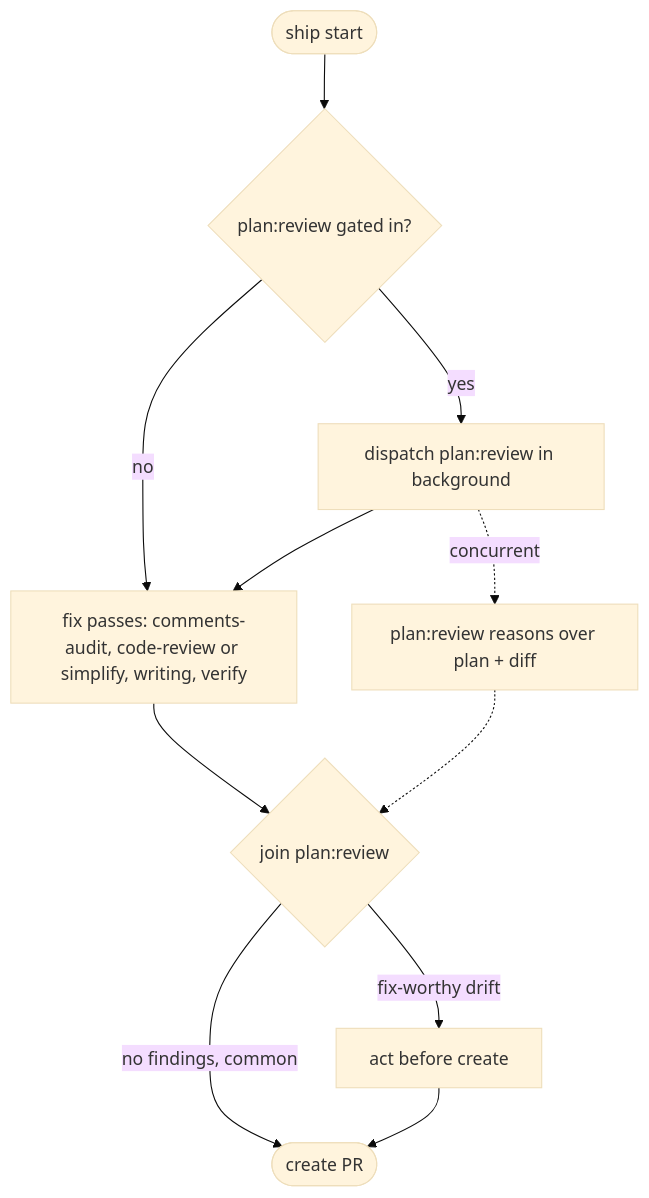
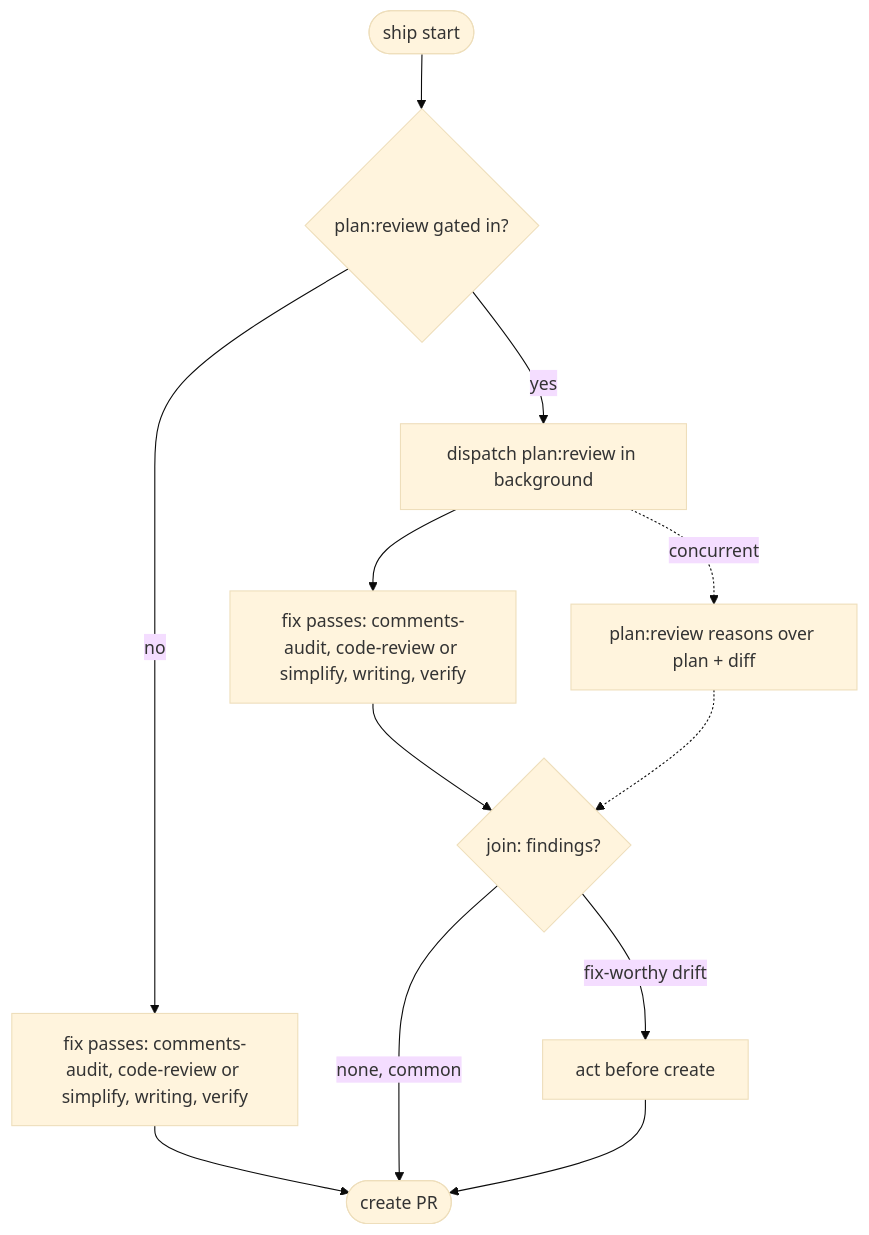
Before and after one commit to bendrucker/claude: the diagram in user/skills/ship/references/passes.md, drawn with Mermaid (base theme).

Commit message:
ship: fix plan:review DAG so the no-plan path skips the join
The join node was reachable on the no-plan branch, implying a join with nothing to join. Split the paths: no plan runs the fix passes straight to create, a gated-in plan dispatches, runs the fix passes concurrently, then joins on findings.

````diff
--- a/user/skills/ship/references/passes.md
+++ b/user/skills/ship/references/passes.md
@@ -25,13 +25,14 @@
 ```mermaid
 flowchart TD
     S([ship start]) --> G{plan:review gated in?}
-    G -->|no| F[fix passes: comments-audit, code-review or simplify, writing, verify]
+    G -->|no| F1[fix passes: comments-audit, code-review or simplify, writing, verify]
+    F1 --> C([create PR])
     G -->|yes| D[dispatch plan:review in background]
-    D --> F
+    D --> F2[fix passes: comments-audit, code-review or simplify, writing, verify]
     D -. concurrent .-> R[plan:review reasons over plan + diff]
-    F --> J{join plan:review}
+    F2 --> J{join: findings?}
     R -.-> J
     J -->|fix-worthy drift| A[act before create]
-    J -->|no findings, common| C
-    A --> C([create PR])
+    J -->|none, common| C
+    A --> C
 ```
````
